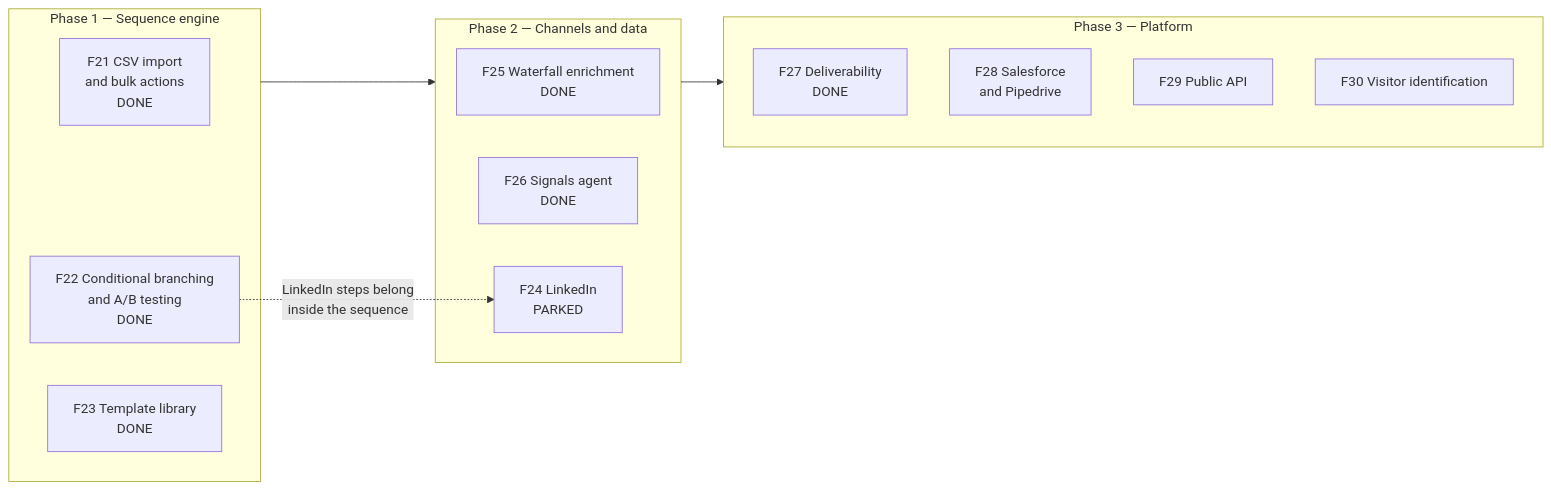
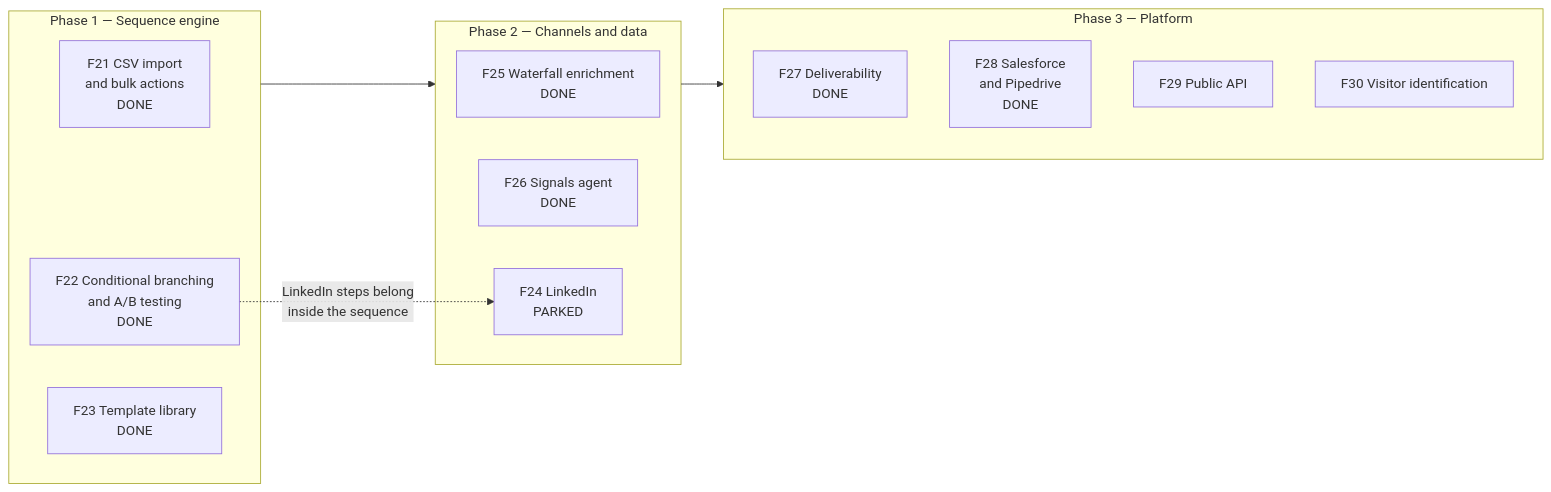
One commit to MHassan-AiExpert/AI-SDR-Autonomous-Sales-Platform changed the diagram in docs/ROADMAP.md. Above: the diagram before and after it, drawn with Mermaid. The commit also changed other lines of this file and 24 other files, not shown here.

Commit message:
F28: Salesforce and Pipedrive - choose the CRM for sync; one shared sync with a client per CRM

````diff
--- a/docs/ROADMAP.md
+++ b/docs/ROADMAP.md
@@ -13,21 +13,21 @@
 ```mermaid
 flowchart LR
   subgraph P1[Phase 1 — Sequence engine]
     F21[F21 CSV import<br/>and bulk actions<br/>DONE]
     F22[F22 Conditional branching<br/>and A/B testing<br/>DONE]
     F23[F23 Template library<br/>DONE]
   end
   subgraph P2[Phase 2 — Channels and data]
     F25[F25 Waterfall enrichment<br/>DONE]
     F26[F26 Signals agent<br/>DONE]
     F24[F24 LinkedIn<br/>PARKED]
   end
   subgraph P3[Phase 3 — Platform]
     F27[F27 Deliverability<br/>DONE]
-    F28[F28 Salesforce<br/>and Pipedrive]
+    F28[F28 Salesforce<br/>and Pipedrive<br/>DONE]
     F29[F29 Public API]
     F30[F30 Visitor identification]
   end
   P1 --> P2 --> P3
   F22 -.->|LinkedIn steps belong<br/>inside the sequence| F24
 ```
````
